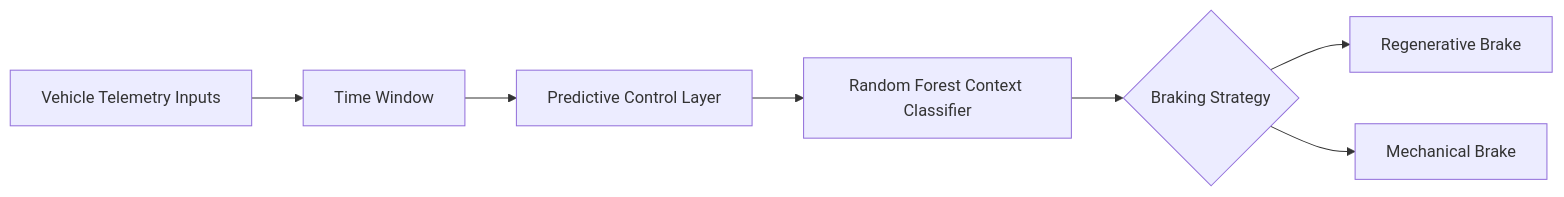
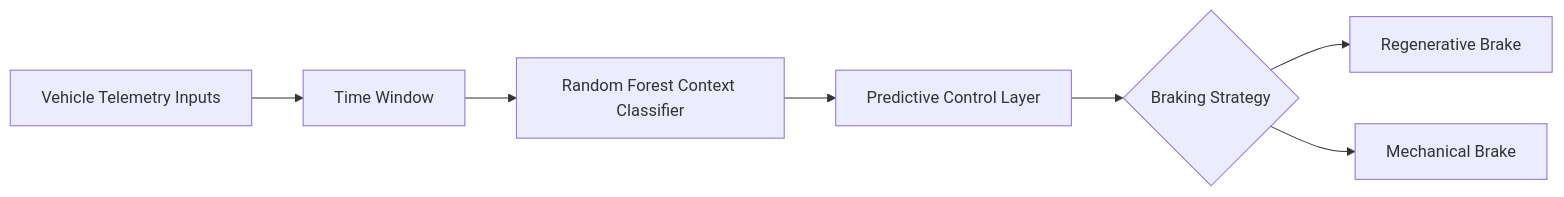
One commit to JuanPaQuezada/intelligent-adaptive-braking changed the diagram in README.md. Above: the diagram before and after it, drawn with Mermaid.

````diff
--- a/README.md
+++ b/README.md
@@ -17,9 +17,9 @@
 ```mermaid
 flowchart LR
 	A[Vehicle Telemetry Inputs] --> B[Time Window]
-	B --> C[Predictive Control Layer]
-	C --> D[Random Forest Context Classifier]
+	B --> C[Random Forest Context Classifier]
+	C --> D[Predictive Control Layer]
 	D --> E{Braking Strategy}
 	E --> F[Regenerative Brake]
 	E --> G[Mechanical Brake]
 ```
````
